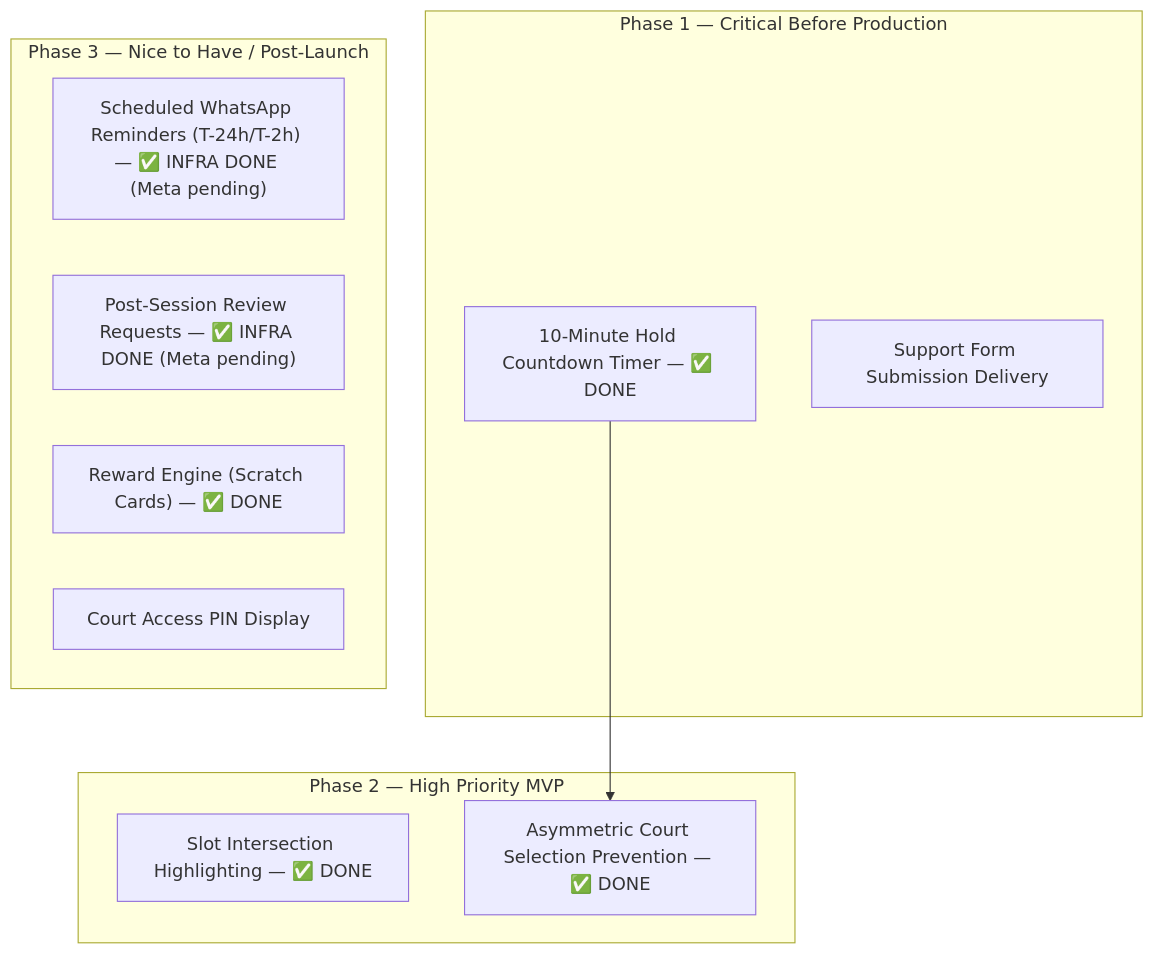
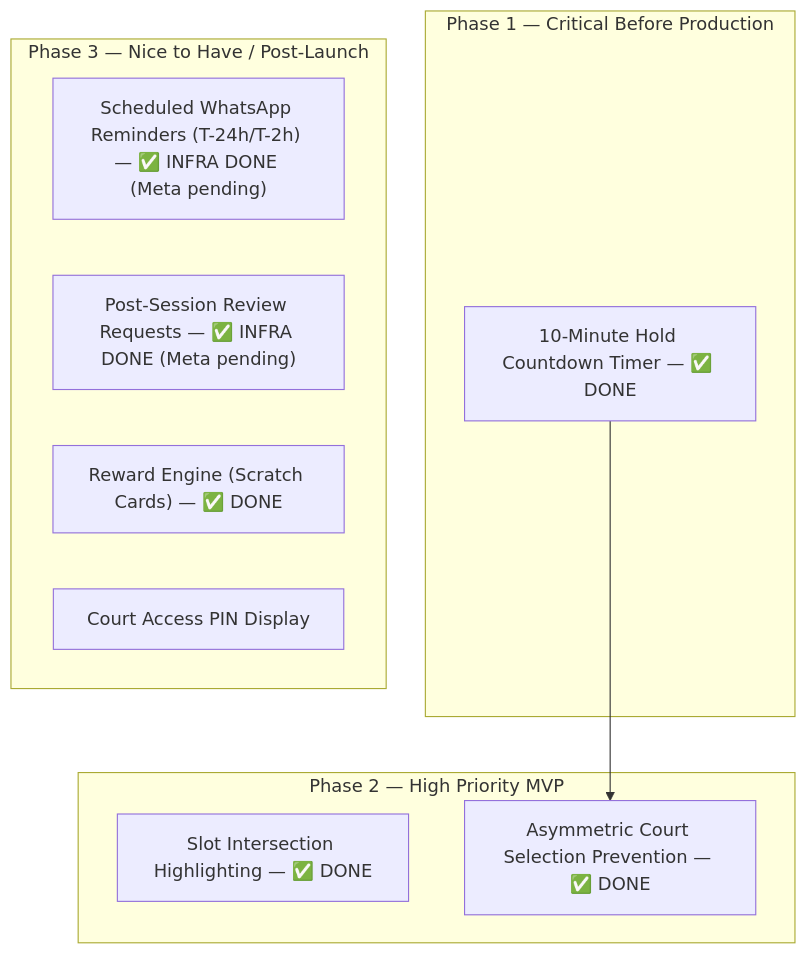
Before and after one commit to manishborikar92/Pickleball: the diagram in docs/audits/01-END-USER-GAP-ANALYSIS.md, drawn with Mermaid. The commit also changed other lines of this file and 4 other files, not shown here.

First line of the commit message:
refactor(support): remove broken contact form and clean up code

````diff
--- a/docs/audits/01-END-USER-GAP-ANALYSIS.md
+++ b/docs/audits/01-END-USER-GAP-ANALYSIS.md
@@ -165,24 +152,23 @@
 ```mermaid
 graph TD
     %% Phase 1: Production Launch Blockers
     subgraph Phase 1 ["Phase 1 — Critical Before Production"]
         A3["10-Minute Hold Countdown Timer — ✅ DONE"]
-        A4["Support Form Submission Delivery"]
     end
 
     %% Phase 2: High Priority MVP Features
     subgraph Phase 2 ["Phase 2 — High Priority MVP"]
         B1["Slot Intersection Highlighting — ✅ DONE"]
         B2["Asymmetric Court Selection Prevention — ✅ DONE"]
     end
 
     %% Phase 3: Nice to Have / Post-Launch Enhancements
     subgraph Phase 3 ["Phase 3 — Nice to Have / Post-Launch"]
         C1["Scheduled WhatsApp Reminders (T-24h/T-2h) — ✅ INFRA DONE (Meta pending)"]
         C2["Post-Session Review Requests — ✅ INFRA DONE (Meta pending)"]
         C4["Reward Engine (Scratch Cards) — ✅ DONE"]
         C6["Court Access PIN Display"]
     end
 
     A3 --> B2
 ```
````
